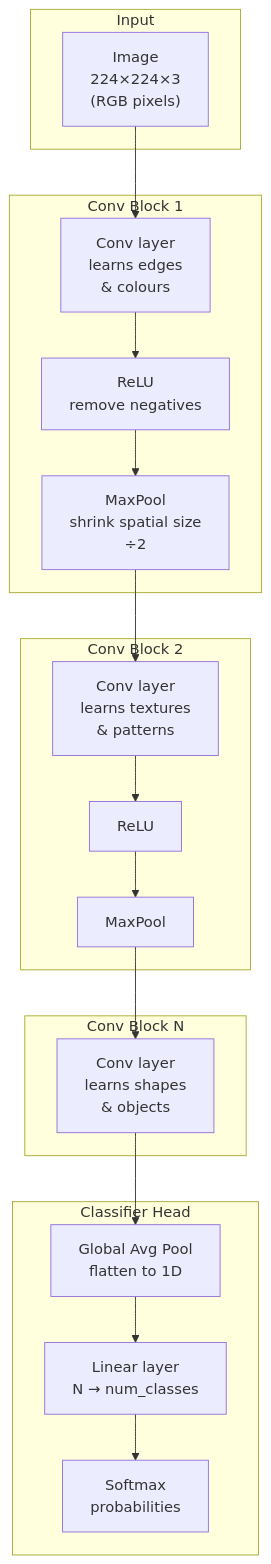
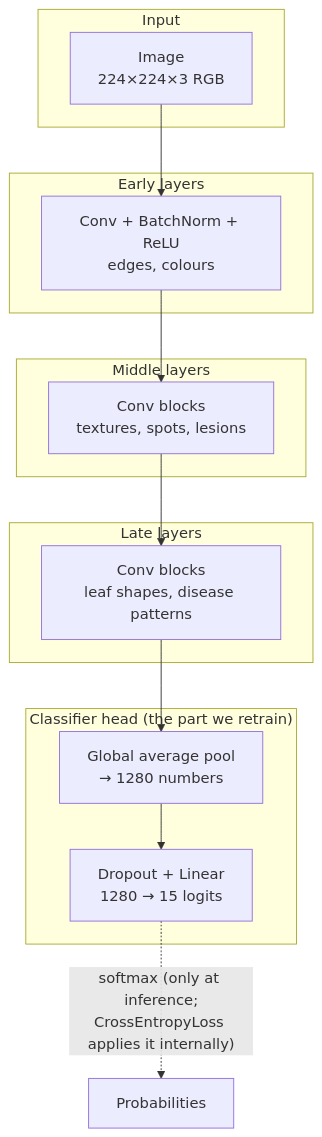
The fifth of 11 diagrams in docs/PHASE_1_ML_THEORY_AND_DATA.md (Paulmburu/ai-crop-disease-platform), drawn with Mermaid before and after one commit. The commit also changed other lines of this file and 7 other files, not shown here.

````diff
--- a/docs/PHASE_1_ML_THEORY_AND_DATA.md
+++ b/docs/PHASE_1_ML_THEORY_AND_DATA.md
@@ -602,25 +544,21 @@
 ```mermaid
 flowchart TB
     subgraph Input
-        A["Image\n224×224×3\n(RGB pixels)"]
+        A["Image<br/>224×224×3 RGB"]
     end
-    subgraph "Conv Block 1"
-        B["Conv layer\nlearns edges\n& colours"]
-        C["ReLU\nremove negatives"]
-        D["MaxPool\nshrink spatial size\n÷2"]
+    subgraph "Early layers"
+        B["Conv + BatchNorm + ReLU<br/>edges, colours"]
     end
-    subgraph "Conv Block 2"
-        E["Conv layer\nlearns textures\n& patterns"]
-        F["ReLU"]
-        G["MaxPool"]
+    subgraph "Middle layers"
+        E["Conv blocks<br/>textures, spots, lesions"]
     end
-    subgraph "Conv Block N"
-        H["Conv layer\nlearns shapes\n& objects"]
+    subgraph "Late layers"
+        H["Conv blocks<br/>leaf shapes, disease patterns"]
     end
-    subgraph "Classifier Head"
-        I["Global Avg Pool\nflatten to 1D"]
-        J["Linear layer\nN → num_classes"]
-        K["Softmax\nprobabilities"]
+    subgraph "Classifier head (the part we retrain)"
+        I["Global average pool<br/>→ 1280 numbers"]
+        J["Dropout + Linear<br/>1280 → 15 logits"]
     end
-    A --> B --> C --> D --> E --> F --> G --> H --> I --> J --> K
+    A --> B --> E --> H --> I --> J
+    J -. "softmax (only at inference;<br/>CrossEntropyLoss applies it internally)" .-> K["Probabilities"]
 ```
````
